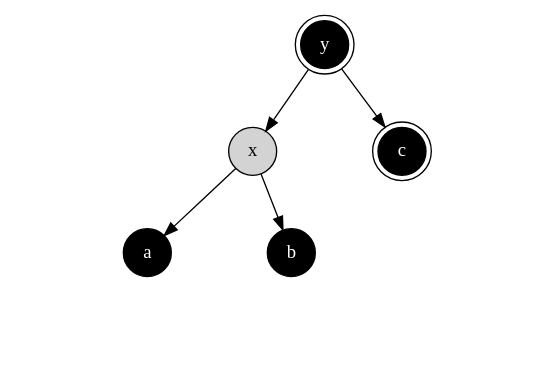
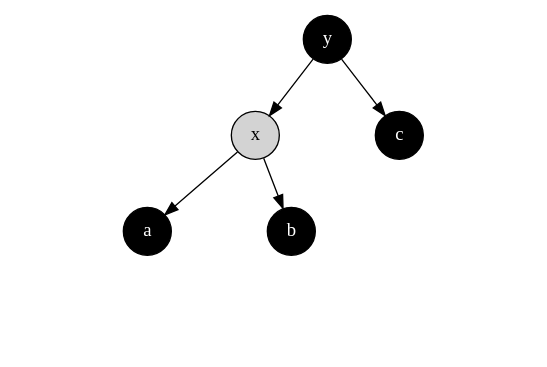
The diagram in datastruct/tree/red-black-tree/img/case2-b1.dot (liuxinyu95/AlgoXY), drawn with Graphviz before and after one commit. The commit also changed 6 other files, not shown here.

```diff
--- a/datastruct/tree/red-black-tree/img/case2-b1.dot
+++ b/datastruct/tree/red-black-tree/img/case2-b1.dot
@@ -1,39 +1,39 @@
 digraph G{
 	node[shape=circle]
-	ay[label="y", style=filled, fillcolor=black, fontcolor=white, peripheries=2];
+	ay[label="y", style=filled, fillcolor=black, fontcolor=white];
 	ax[label="x", style=filled, fillcolor=lightgray, fontcolor=black];
 	aa[label="a", style=filled, fillcolor=black, fontcolor=white];
 	nilaal[label="", style=invis];
 	nilaar[label="", style=invis];
 	nilaam[label="", style=invis];
 	aa->nilaal[style=invis];
 	aa->nilaam[style=invis];
 	aa->nilaar[style=invis];
 	{rank=same nilaal->nilaam->nilaar[style=invis]}
 	ab[label="b", style=filled, fillcolor=black, fontcolor=white];
 	nilabl[label="", style=invis];
 	nilabr[label="", style=invis];
 	nilabm[label="", style=invis];
 	ab->nilabl[style=invis];
 	ab->nilabm[style=invis];
 	ab->nilabr[style=invis];
 	{rank=same nilabl->nilabm->nilabr[style=invis]}
 	nilaxm[label="", style=invis];
 	ax->aa
 	ax->nilaxm[style=invis];
 	ax->ab
 	{rank=same aa->nilaxm->ab[style=invis]}
-	ac[label="c", style=filled, fillcolor=black, fontcolor=white, peripheries=2];
+	ac[label="c", style=filled, fillcolor=black, fontcolor=white];
 	nilacl[label="", style=invis];
 	nilacr[label="", style=invis];
 	nilacm[label="", style=invis];
 	ac->nilacl[style=invis];
 	ac->nilacm[style=invis];
 	ac->nilacr[style=invis];
 	{rank=same nilacl->nilacm->nilacr[style=invis]}
 	nilaym[label="", style=invis];
 	ay->ax
 	ay->nilaym[style=invis];
 	ay->ac
 	{rank=same ax->nilaym->ac[style=invis]}
 }
```
